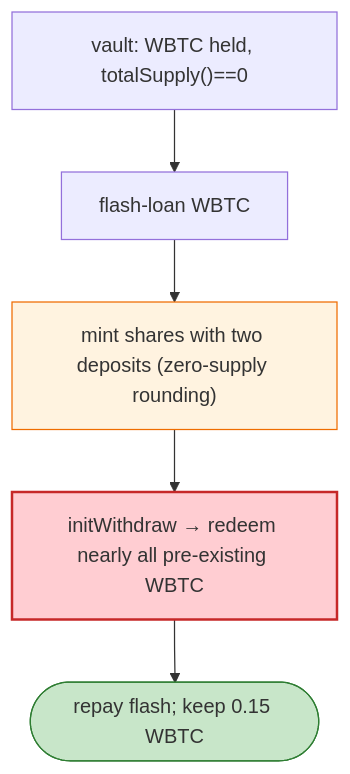
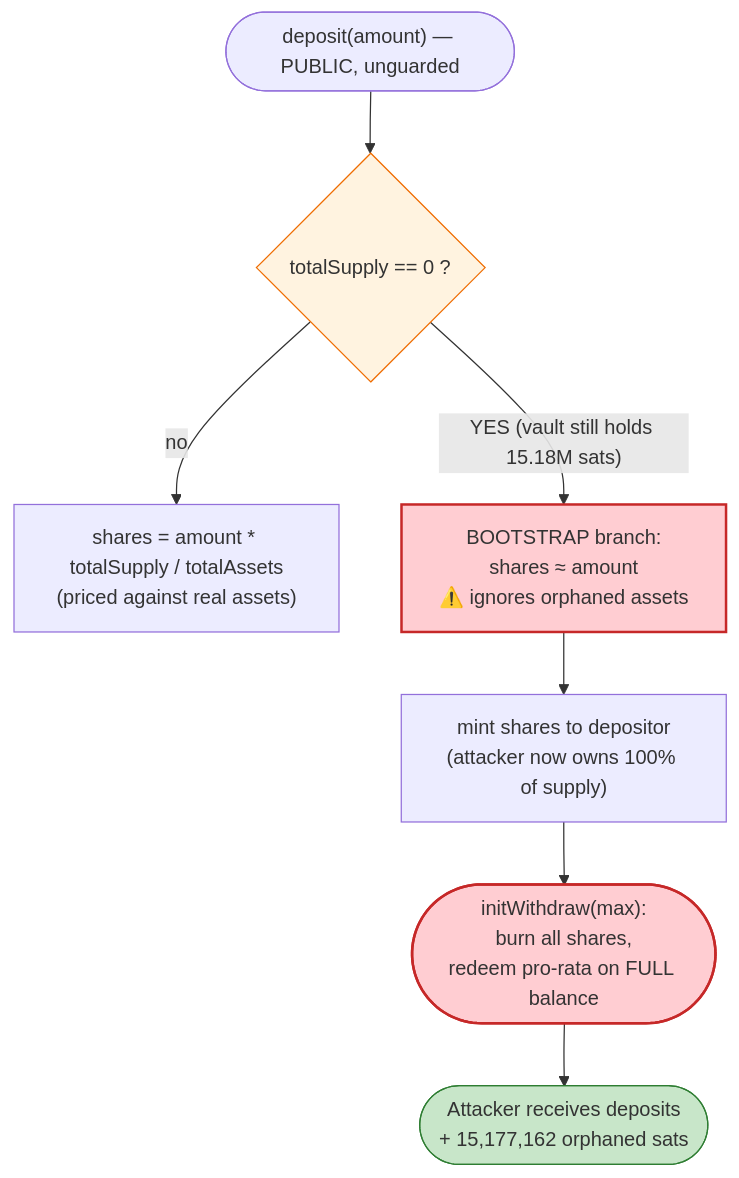
The third of 4 diagrams in 2026-04-ThetanutsVaultShareRounding_exp/ThetanutsVaultShareRounding_exp.md (sanbir/evm-hack-registry), drawn with Mermaid before and after one commit. The commit also changed other lines of this file and 32 other files, not shown here.

````diff
--- a/2026-04-ThetanutsVaultShareRounding_exp/ThetanutsVaultShareRounding_exp.md
+++ b/2026-04-ThetanutsVaultShareRounding_exp/ThetanutsVaultShareRounding_exp.md
@@ -40,11 +355,14 @@
 ```mermaid
 flowchart TD
-    Z["vault: WBTC held, totalSupply()==0"] --> FL["flash-loan WBTC"]
-    FL --> M["mint shares with two deposits (zero-supply rounding)"]
-    M --> W["initWithdraw → redeem nearly all pre-existing WBTC"]
-    W --> OUT(["repay flash; keep 0.15 WBTC"])
+    Start(["deposit(amount) — PUBLIC, unguarded"]) --> C1{"totalSupply == 0 ?"}
+    C1 -- "no" --> Normal["shares = amount * totalSupply / totalAssets<br/>(priced against real assets)"]
+    C1 -- "YES (vault still holds 15.18M sats)" --> Boot["BOOTSTRAP branch:<br/>shares ≈ amount<br/>⚠️ ignores orphaned assets"]
+    Boot --> Mint["mint shares to depositor<br/>(attacker now owns 100% of supply)"]
+    Mint --> WD(["initWithdraw(max):<br/>burn all shares,<br/>redeem pro-rata on FULL balance"])
+    WD --> Loot(["Attacker receives deposits<br/>+ 15,177,162 orphaned sats"])
 
-    style M fill:#fff3e0,stroke:#ef6c00
-    style W fill:#ffcdd2,stroke:#c62828,stroke-width:2px
-    style OUT fill:#c8e6c9,stroke:#2e7d32
+    style Boot fill:#ffcdd2,stroke:#c62828,stroke-width:2px
+    style WD fill:#ffcdd2,stroke:#c62828,stroke-width:2px
+    style Loot fill:#c8e6c9,stroke:#2e7d32
+    style C1 fill:#fff3e0,stroke:#ef6c00
 ```
````
